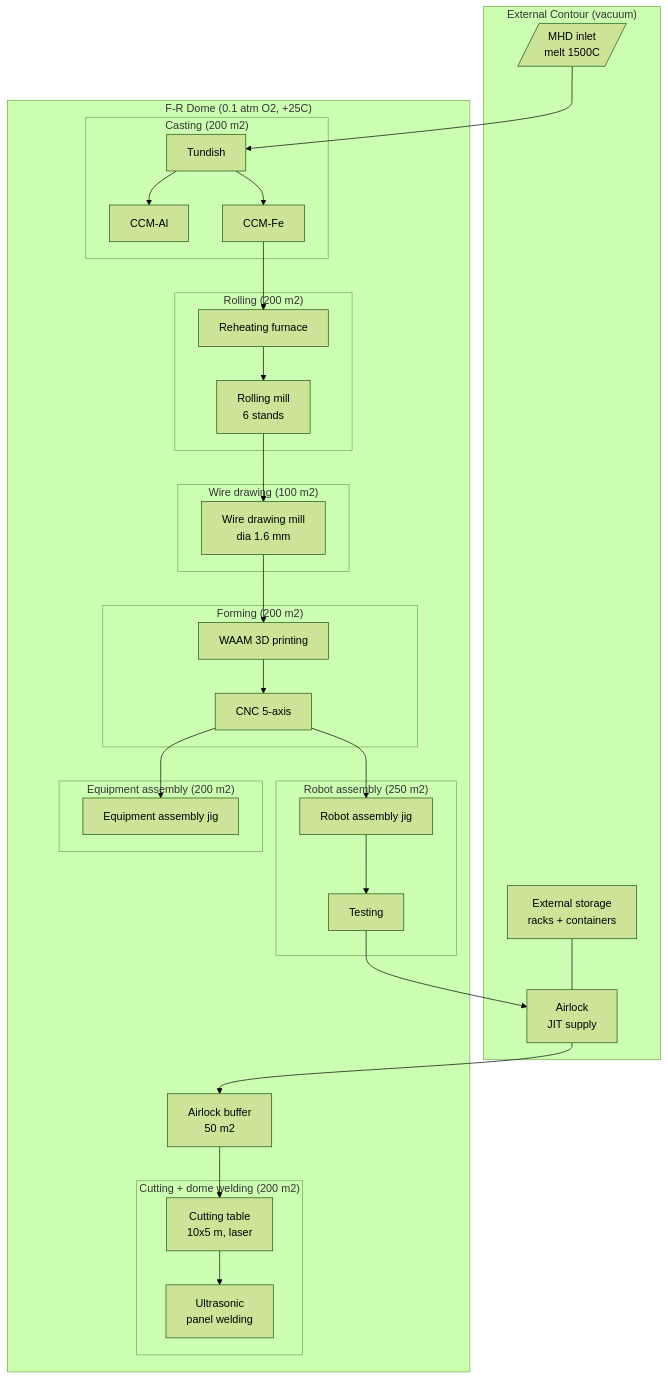
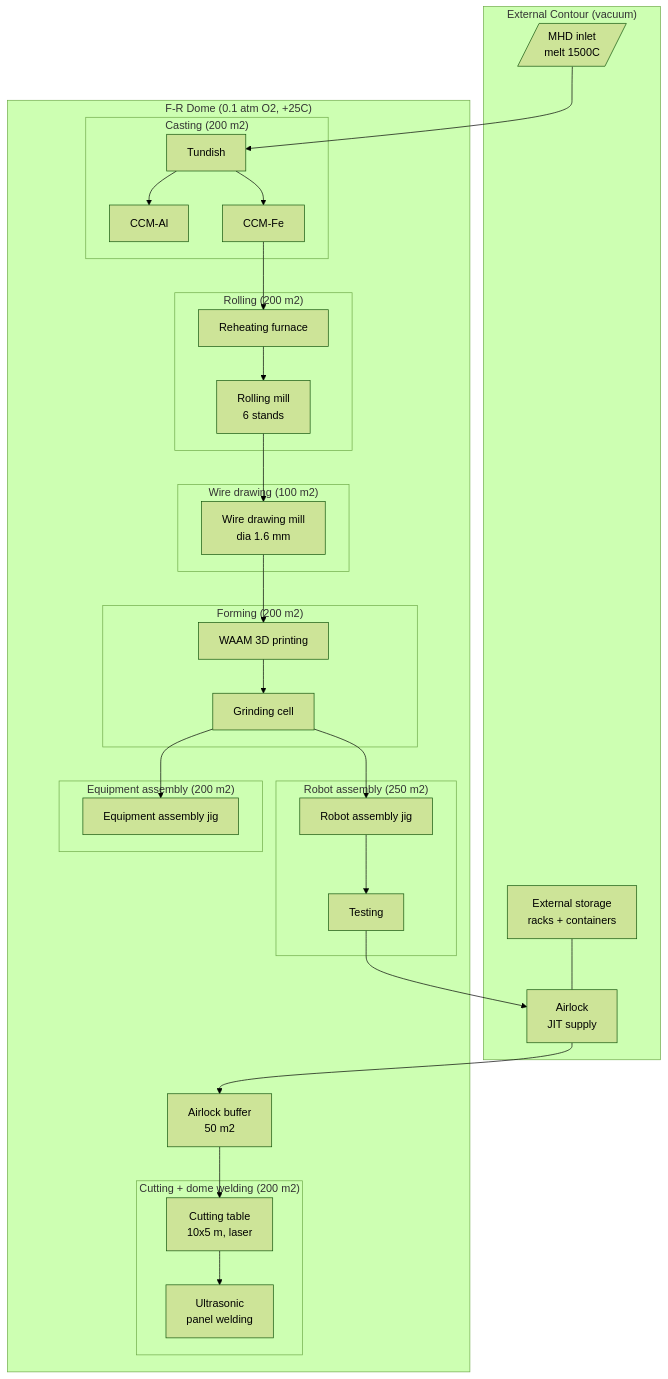
One commit to DmitryNasikanov/infinite-energy changed the first of 3 diagrams in en/science/detailed/factories/overview.qmd. Above: the diagram before and after it, drawn with Mermaid (forest theme). The commit also changed other lines of this file and 35 other files, not shown here.

````diff
--- a/en/science/detailed/factories/overview.qmd
+++ b/en/science/detailed/factories/overview.qmd
@@ -84,56 +84,56 @@
 ```{mermaid}
 flowchart TD
     subgraph EXTERNAL["External Contour (vacuum)"]
         MHD[/"MHD inlet<br/>melt 1500C"/]
         LOCK["Airlock<br/>JIT supply"]
         STORAGE["External storage<br/>racks + containers"]
     end
 
     subgraph DOME["F-R Dome (0.1 atm O2, +25C)"]
         subgraph CASTING["Casting (200 m2)"]
             TUNDISH["Tundish"]
             MNLZ_AL["CCM-Al"]
             MNLZ_FE["CCM-Fe"]
         end
 
         subgraph ROLLING["Rolling (200 m2)"]
             FURNACE["Reheating furnace"]
             MILL["Rolling mill<br/>6 stands"]
         end
 
         subgraph WIREDRAW["Wire drawing (100 m2)"]
             WIRE["Wire drawing mill<br/>dia 1.6 mm"]
         end
 
         subgraph FORMING["Forming (200 m2)"]
             WAAM["WAAM 3D printing"]
-            CNC["CNC 5-axis"]
+            GRIND["Grinding cell"]
         end
 
         subgraph ROBOTS["Robot assembly (250 m2)"]
             STAP_R["Robot assembly jig"]
             TEST_R["Testing"]
         end
 
         subgraph DOMES["Cutting + dome welding (200 m2)"]
             CUT["Cutting table<br/>10x5 m, laser"]
             WELD["Ultrasonic<br/>panel welding"]
         end
 
         subgraph EQUIP["Equipment assembly (200 m2)"]
             STAP_E["Equipment assembly jig"]
         end
 
         BUFFER["Airlock buffer<br/>50 m2"]
     end
 
     MHD --> TUNDISH
     TUNDISH --> MNLZ_AL & MNLZ_FE
     MNLZ_FE --> FURNACE --> MILL
-    MILL --> WIRE --> WAAM --> CNC
-    CNC --> STAP_R & STAP_E
+    MILL --> WIRE --> WAAM --> GRIND
+    GRIND --> STAP_R & STAP_E
     LOCK --> BUFFER
     BUFFER --> CUT --> WELD
     STAP_R --> TEST_R --> LOCK
     STORAGE --- LOCK
 ```
````
